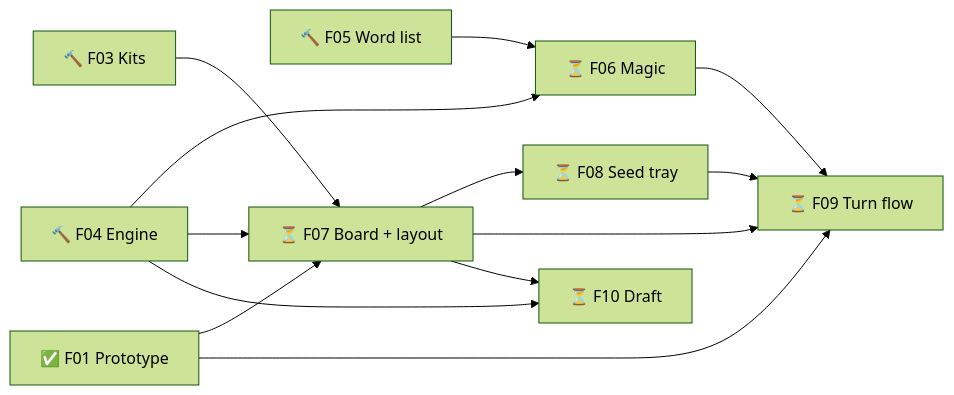
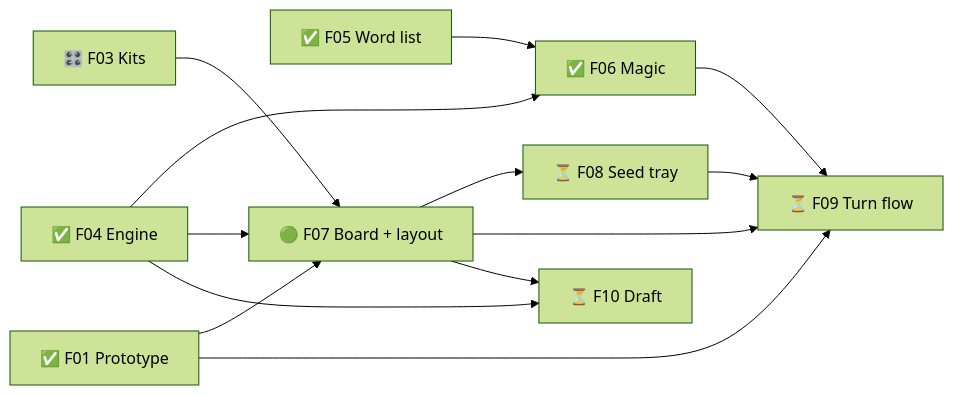
The second of 4 diagrams in .planning/ROADMAP.md (TheBlueMuzzy/Glyphtender), drawn with Mermaid (forest theme) before and after one commit. The commit also changed other lines of this file and 1 other file, not shown here.

Commit message:
Sprint 02 done — rules engine, official word list, Magic; UI kit in tuning

````diff
--- a/.planning/ROADMAP.md
+++ b/.planning/ROADMAP.md
@@ -31,15 +31,15 @@
 ```mermaid
 flowchart LR
-  F04[🔨 F04 Engine] --> F06[⏳ F06 Magic]
-  F05[🔨 F05 Word list] --> F06
-  F03[🔨 F03 Kits] --> F07[⏳ F07 Board + layout]
+  F04[✅ F04 Engine] --> F06[✅ F06 Magic]
+  F05[✅ F05 Word list] --> F06
+  F03[🎛️ F03 Kits] --> F07[🟢 F07 Board + layout]
   F04 --> F07
   F01[✅ F01 Prototype] --> F07
   F07 --> F08[⏳ F08 Seed tray]
   F06 --> F09[⏳ F09 Turn flow]
   F07 --> F09
   F08 --> F09
   F01 --> F09
   F07 --> F10[⏳ F10 Draft]
   F04 --> F10
 ```
````
